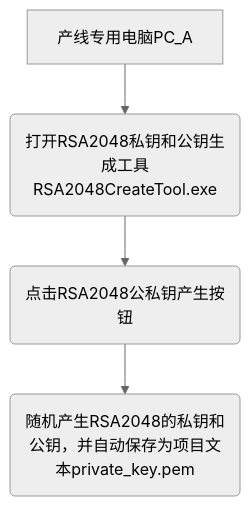
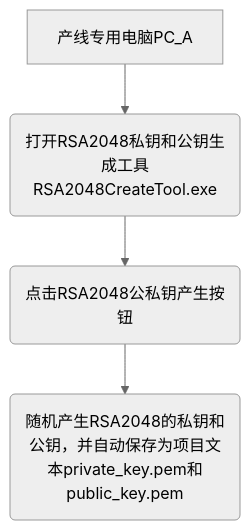
One commit to facebook-cloud/iodraw-files changed the diagram in all/未命名-10.md. Above: the diagram before and after it, drawn with Mermaid (neutral theme).

Commit message:
2026-01-06 20:28:31 update

````diff
--- a/all/未命名-10.md
+++ b/all/未命名-10.md
@@ -1,6 +1,6 @@
 ```mermaid
 graph TD
     A[产线专用电脑PC_A] --> B(打开RSA2048私钥和公钥生成工具RSA2048CreateTool.exe)
     B --> C(点击RSA2048公私钥产生按钮)
-    C --> F(随机产生RSA2048的私钥和公钥，并自动保存为项目文本private_key.pem)
+    C --> F(随机产生RSA2048的私钥和公钥，并自动保存为项目文本private_key.pem和public_key.pem)
 ```
````
